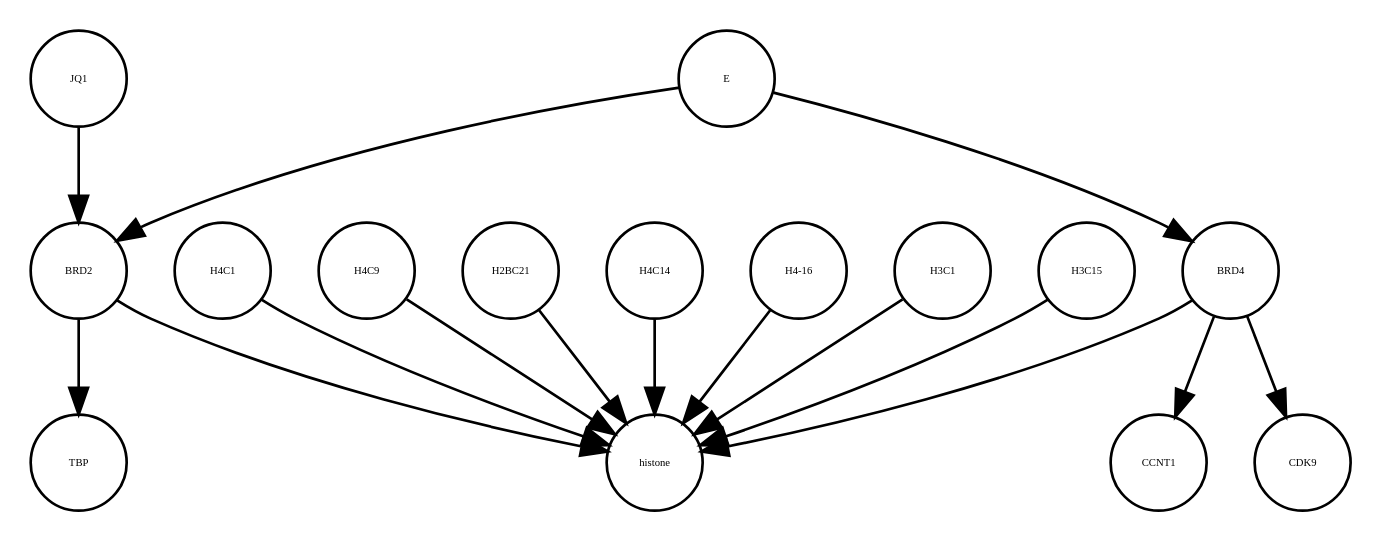
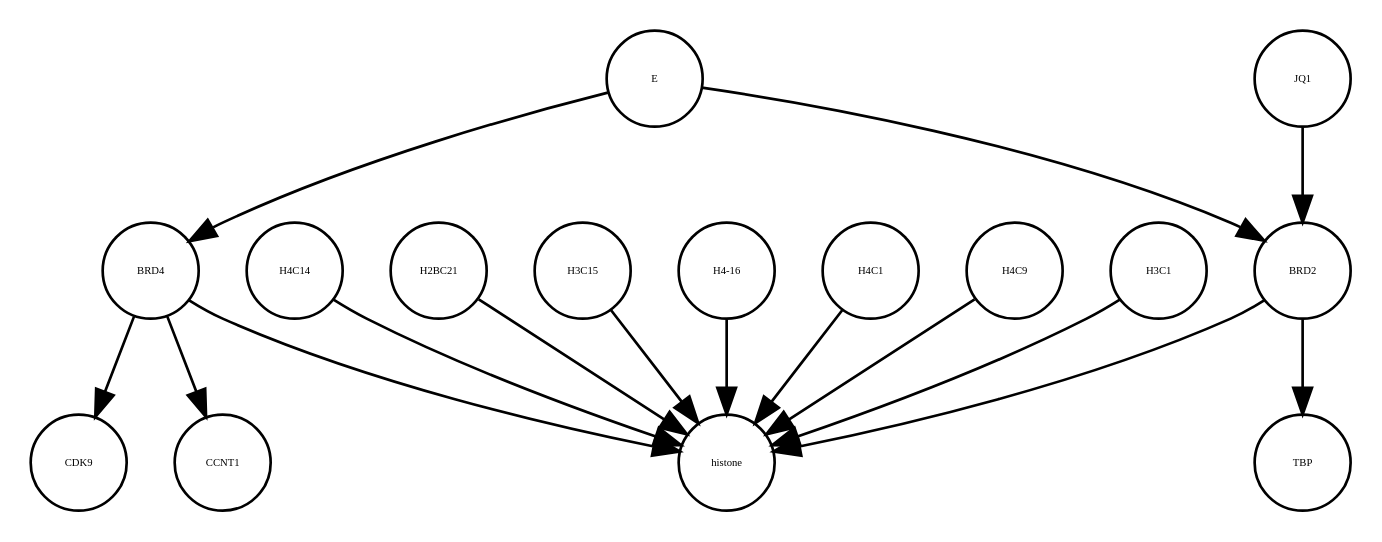
The diagram in E_SARS_CoV_2_21_05_2020.xml_projected.dot (cannin/covid19-sbgn), drawn with Graphviz before and after one commit. The commit also changed other lines of this file and 572 other files, not shown here.

```diff
--- a/E_SARS_CoV_2_21_05_2020.xml_projected.dot
+++ b/E_SARS_CoV_2_21_05_2020.xml_projected.dot
@@ -1,32 +1,32 @@
 strict digraph  {
-E [annotation=urn_miriam_ncbiprotein_BCD58755, bipartite=0, cls=macromolecule, fontsize=4, label=E, shape=circle];
+TBP [annotation="", bipartite=0, cls=macromolecule, fontsize=4, label=TBP, shape=circle];
+H4C14 [annotation="", bipartite=0, cls=macromolecule, fontsize=4, label=H4C14, shape=circle];
+BRD4 [annotation="", bipartite=0, cls=macromolecule, fontsize=4, label=BRD4, shape=circle];
+H2BC21 [annotation="", bipartite=0, cls=macromolecule, fontsize=4, label=H2BC21, shape=circle];
+H3C15 [annotation="", bipartite=0, cls=macromolecule, fontsize=4, label=H3C15, shape=circle];
+"H4-16" [annotation="", bipartite=0, cls=macromolecule, fontsize=4, label="H4-16", shape=circle];
 H4C1 [annotation="", bipartite=0, cls=macromolecule, fontsize=4, label=H4C1, shape=circle];
 H4C9 [annotation="", bipartite=0, cls=macromolecule, fontsize=4, label=H4C9, shape=circle];
+histone [annotation="", bipartite=0, cls=complex, fontsize=4, label=histone, shape=circle];
+CDK9 [annotation="", bipartite=0, cls=macromolecule, fontsize=4, label=CDK9, shape=circle];
+E [annotation=urn_miriam_ncbiprotein_BCD58755, bipartite=0, cls=macromolecule, fontsize=4, label=E, shape=circle];
+JQ1 [annotation="", bipartite=0, cls=macromolecule, fontsize=4, label=JQ1, shape=circle];
 BRD2 [annotation="", bipartite=0, cls=macromolecule, fontsize=4, label=BRD2, shape=circle];
-H2BC21 [annotation="", bipartite=0, cls=macromolecule, fontsize=4, label=H2BC21, shape=circle];
-histone [annotation="", bipartite=0, cls=complex, fontsize=4, label=histone, shape=circle];
 CCNT1 [annotation="", bipartite=0, cls=macromolecule, fontsize=4, label=CCNT1, shape=circle];
-H4C14 [annotation="", bipartite=0, cls=macromolecule, fontsize=4, label=H4C14, shape=circle];
-"H4-16" [annotation="", bipartite=0, cls=macromolecule, fontsize=4, label="H4-16", shape=circle];
-CDK9 [annotation="", bipartite=0, cls=macromolecule, fontsize=4, label=CDK9, shape=circle];
 H3C1 [annotation="", bipartite=0, cls=macromolecule, fontsize=4, label=H3C1, shape=circle];
-H3C15 [annotation="", bipartite=0, cls=macromolecule, fontsize=4, label=H3C15, shape=circle];
-TBP [annotation="", bipartite=0, cls=macromolecule, fontsize=4, label=TBP, shape=circle];
-BRD4 [annotation="", bipartite=0, cls=macromolecule, fontsize=4, label=BRD4, shape=circle];
-JQ1 [annotation="", bipartite=0, cls=macromolecule, fontsize=4, label=JQ1, shape=circle];
+H4C14 -> histone  [annotation="", interaction_type=production];
+BRD4 -> histone  [annotation="urn_miriam_doi_10.1038%2Fnsmb.3228.|urn_miriam_doi_10.1016%2Fj.molcel.2008.01.018", interaction_type=catalysis];
+BRD4 -> CDK9  [annotation=urn_miriam_taxonomy_10090, interaction_type=catalysis];
+BRD4 -> CCNT1  [annotation="", interaction_type=catalysis];
+H2BC21 -> histone  [annotation="", interaction_type=production];
+H3C15 -> histone  [annotation="", interaction_type=production];
+"H4-16" -> histone  [annotation="", interaction_type=production];
+H4C1 -> histone  [annotation="", interaction_type=production];
+H4C9 -> histone  [annotation="", interaction_type=production];
 E -> BRD2  [annotation="urn_miriam_doi_10.1038%2Fs41586-020-2286-9|urn_miriam_doi_10.1080%2F15592294.2018.1469891", interaction_type=inhibition];
 E -> BRD4  [annotation="urn_miriam_doi_10.1038%2Fs41586-020-2286-9", interaction_type=inhibition];
-H4C1 -> histone  [annotation="", interaction_type=production];
-H4C9 -> histone  [annotation="", interaction_type=production];
+JQ1 -> BRD2  [annotation="urn_miriam_doi_10.1038%2Fs41586-020-2286-9|urn_miriam_doi_10.1080%2F15592294.2018.1469891", interaction_type=inhibition];
 BRD2 -> histone  [annotation="urn_miriam_doi_10.1038%2Fnsmb.3228.|urn_miriam_doi_10.1016%2Fj.molcel.2008.01.018", interaction_type=catalysis];
 BRD2 -> TBP  [annotation="urn_miriam_doi_10.1007%2Fs11010-006-9223-6", interaction_type=catalysis];
-H2BC21 -> histone  [annotation="", interaction_type=production];
-H4C14 -> histone  [annotation="", interaction_type=production];
-"H4-16" -> histone  [annotation="", interaction_type=production];
 H3C1 -> histone  [annotation="", interaction_type=production];
-H3C15 -> histone  [annotation="", interaction_type=production];
-BRD4 -> CCNT1  [annotation="", interaction_type=catalysis];
-BRD4 -> CDK9  [annotation=urn_miriam_taxonomy_10090, interaction_type=catalysis];
-BRD4 -> histone  [annotation="urn_miriam_doi_10.1038%2Fnsmb.3228.|urn_miriam_doi_10.1016%2Fj.molcel.2008.01.018", interaction_type=catalysis];
-JQ1 -> BRD2  [annotation="urn_miriam_doi_10.1038%2Fs41586-020-2286-9|urn_miriam_doi_10.1080%2F15592294.2018.1469891", interaction_type=inhibition];
 }
```
